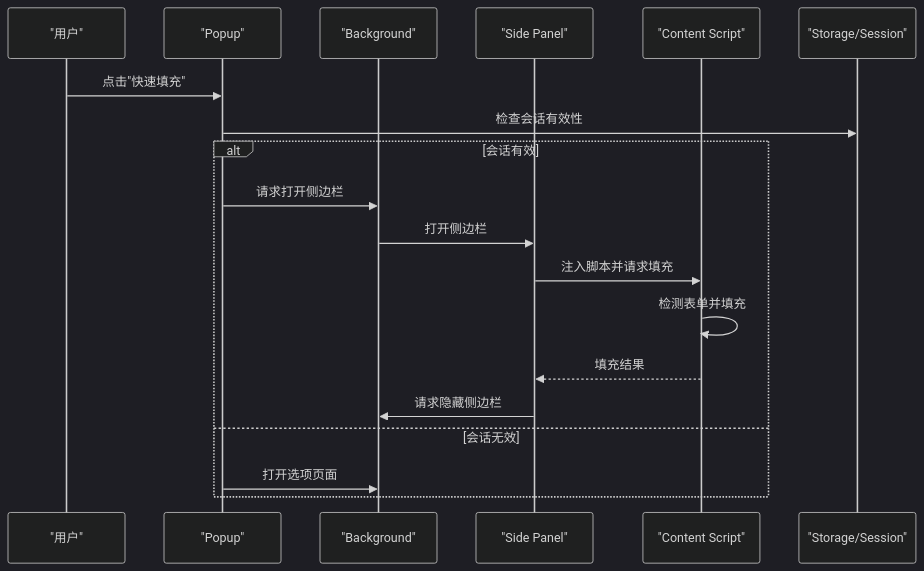
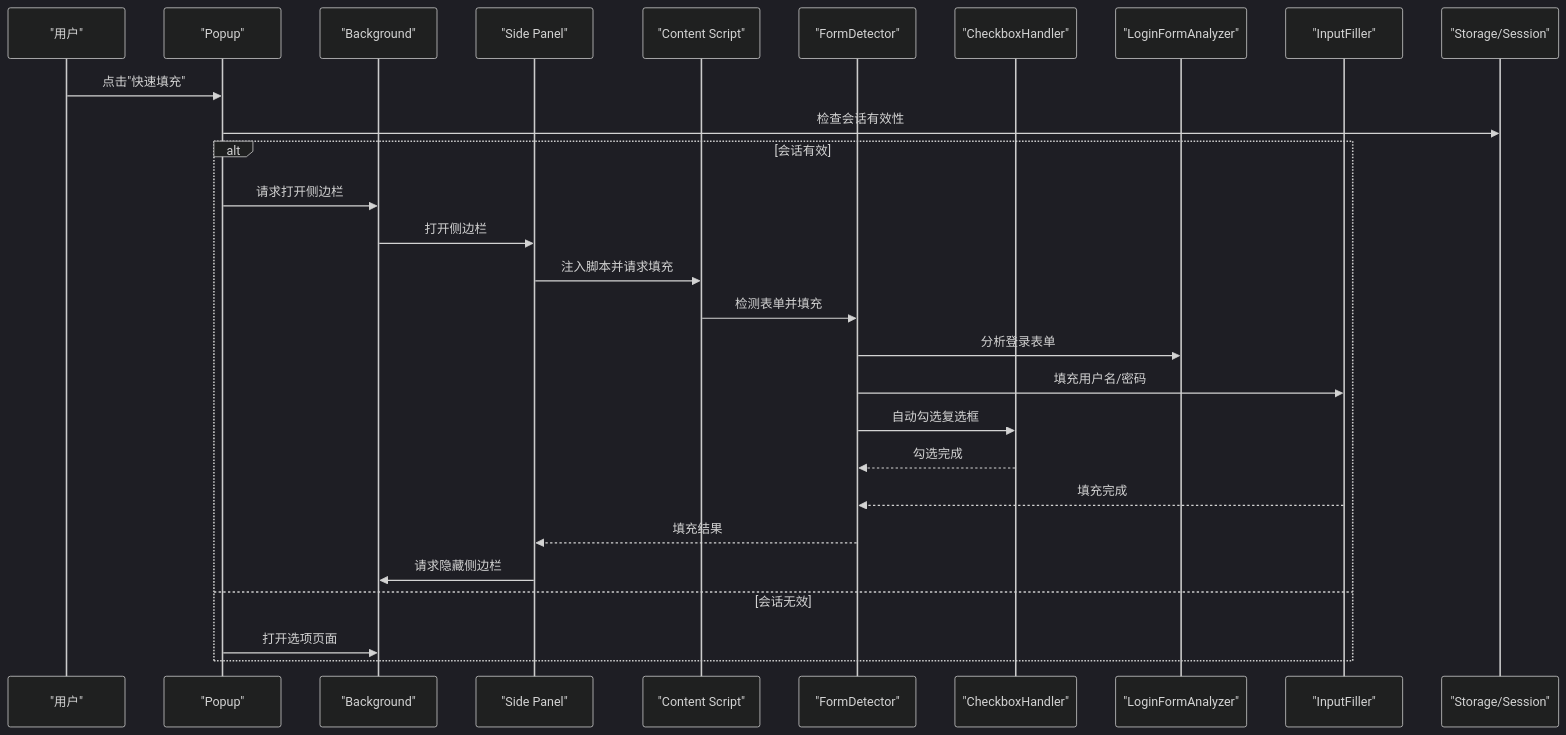
One commit to liaolongdong/account-password-helper changed the second of 11 diagrams in .qoder/repowiki/zh/content/扩展入口点/扩展入口点.md. Above: the diagram before and after it, drawn with Mermaid (dark theme). The commit also changed other lines of this file and 7 other files, not shown here.

````diff
--- a/.qoder/repowiki/zh/content/扩展入口点/扩展入口点.md
+++ b/.qoder/repowiki/zh/content/扩展入口点/扩展入口点.md
@@ -120,21 +160,30 @@
 ```mermaid
 sequenceDiagram
 participant User as "用户"
 participant Popup as "Popup"
 participant BG as "Background"
 participant SP as "Side Panel"
 participant CT as "Content Script"
+participant FD as "FormDetector"
+participant CH as "CheckboxHandler"
+participant LFA as "LoginFormAnalyzer"
+participant IF as "InputFiller"
 participant Store as "Storage/Session"
 User->>Popup : 点击"快速填充"
 Popup->>Store : 检查会话有效性
 alt 会话有效
 Popup->>BG : 请求打开侧边栏
 BG->>SP : 打开侧边栏
 SP->>CT : 注入脚本并请求填充
-CT->>CT : 检测表单并填充
-CT-->>SP : 填充结果
+CT->>FD : 检测表单并填充
+FD->>LFA : 分析登录表单
+FD->>IF : 填充用户名/密码
+FD->>CH : 自动勾选复选框
+CH-->>FD : 勾选完成
+IF-->>FD : 填充完成
+FD-->>SP : 填充结果
 SP->>BG : 请求隐藏侧边栏
 else 会话无效
 Popup->>BG : 打开选项页面
 end
 ```
````
